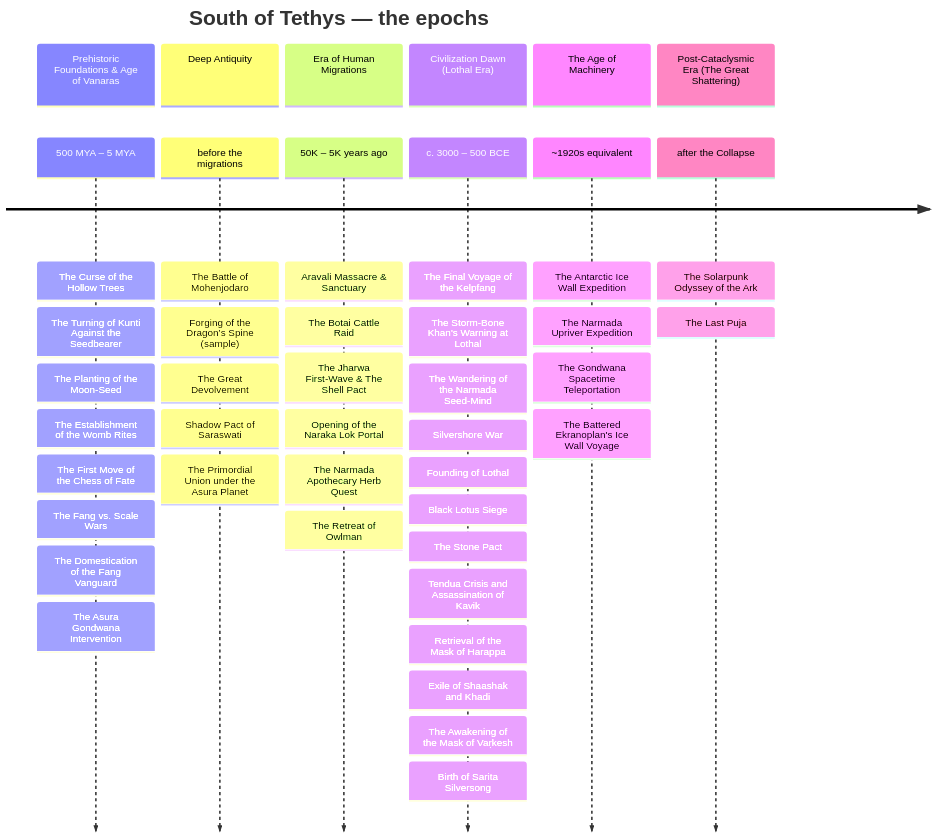
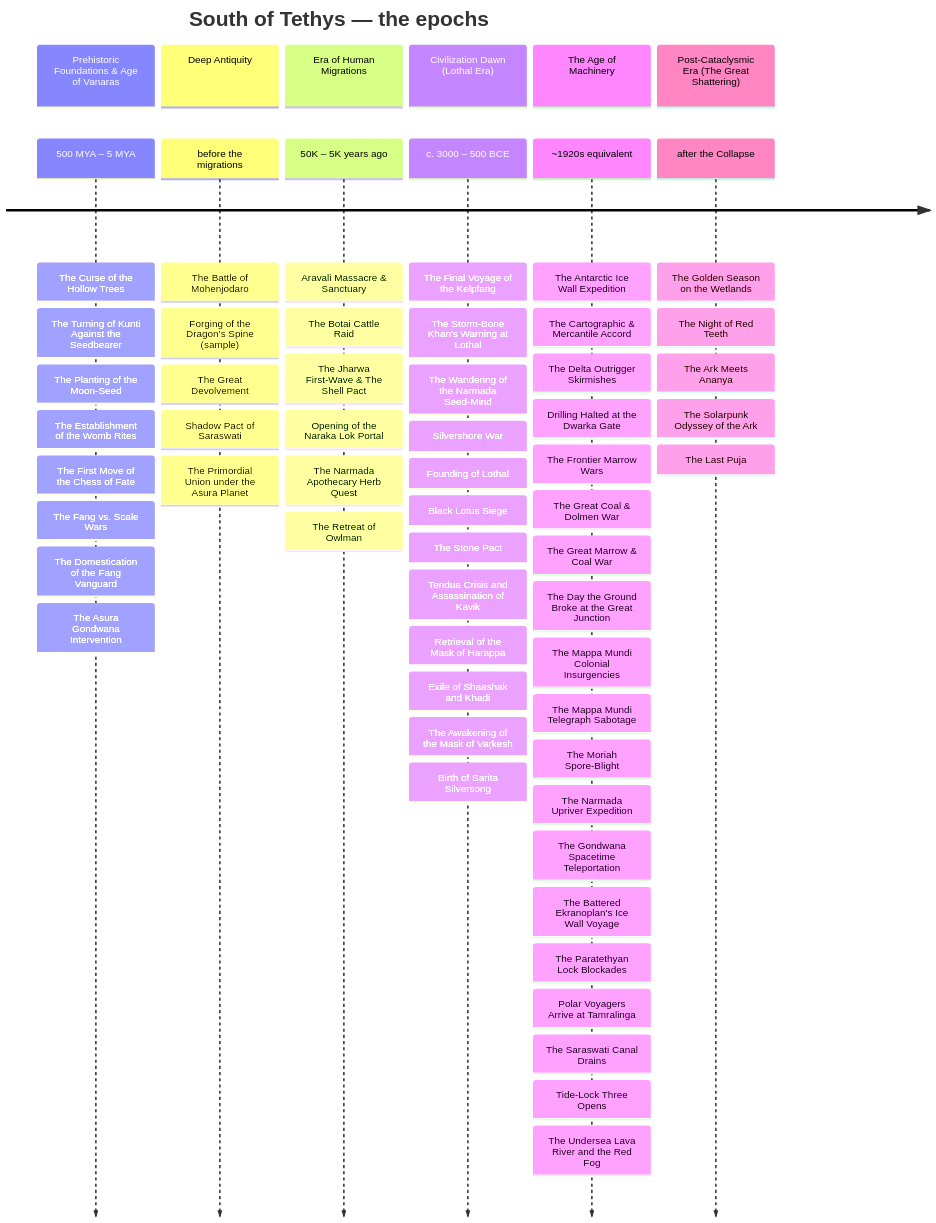
The first of 2 diagrams in docs/timeline_mermaid.md (lordlebu/SouthOfTethys), drawn with Mermaid before and after one commit. The commit also changed other lines of this file and 141 other files, not shown here.

First line of the commit message:
Chart the Age of Machinery: the pre-Shattering map and its people

````diff
--- a/docs/timeline_mermaid.md
+++ b/docs/timeline_mermaid.md
@@ -9,16 +9,16 @@
 ```mermaid
 timeline
     title South of Tethys — the epochs
     section Prehistoric Foundations & Age of Vanaras
         500 MYA – 5 MYA : The Curse of the Hollow Trees : The Turning of Kunti Against the Seedbearer : The Planting of the Moon-Seed : The Establishment of the Womb Rites : The First Move of the Chess of Fate : The Fang vs. Scale Wars : The Domestication of the Fang Vanguard : The Asura Gondwana Intervention
     section Deep Antiquity
         before the migrations : The Battle of Mohenjodaro : Forging of the Dragon’s Spine (sample) : The Great Devolvement : Shadow Pact of Saraswati : The Primordial Union under the Asura Planet
     section Era of Human Migrations
         50K – 5K years ago : Aravali Massacre & Sanctuary : The Botai Cattle Raid : The Jharwa First-Wave & The Shell Pact : Opening of the Naraka Lok Portal : The Narmada Apothecary Herb Quest : The Retreat of Owlman
     section Civilization Dawn (Lothal Era)
         c. 3000 – 500 BCE : The Final Voyage of the Kelpfang : The Storm-Bone Khan's Warning at Lothal : The Wandering of the Narmada Seed-Mind : Silvershore War : Founding of Lothal : Black Lotus Siege : The Stone Pact : Tendua Crisis and Assassination of Kavik : Retrieval of the Mask of Harappa : Exile of Shaashak and Khadi : The Awakening of the Mask of Vaṛkesh : Birth of Sarita Silversong
     section The Age of Machinery
-        ~1920s equivalent : The Antarctic Ice Wall Expedition : The Narmada Upriver Expedition : The Gondwana Spacetime Teleportation : The Battered Ekranoplan's Ice Wall Voyage
+        ~1920s equivalent : The Antarctic Ice Wall Expedition : The Cartographic & Mercantile Accord : The Delta Outrigger Skirmishes : Drilling Halted at the Dwarka Gate : The Frontier Marrow Wars : The Great Coal & Dolmen War : The Great Marrow & Coal War : The Day the Ground Broke at the Great Junction : The Mappa Mundi Colonial Insurgencies : The Mappa Mundi Telegraph Sabotage : The Moriah Spore-Blight : The Narmada Upriver Expedition : The Gondwana Spacetime Teleportation : The Battered Ekranoplan's Ice Wall Voyage : The Paratethyan Lock Blockades : Polar Voyagers Arrive at Tamralinga : The Saraswati Canal Drains : Tide-Lock Three Opens : The Undersea Lava River and the Red Fog
     section Post-Cataclysmic Era (The Great Shattering)
-        after the Collapse : The Solarpunk Odyssey of the Ark : The Last Puja
+        after the Collapse : The Golden Season on the Wetlands : The Night of Red Teeth : The Ark Meets Ananya : The Solarpunk Odyssey of the Ark : The Last Puja
 ```
````
